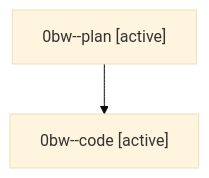
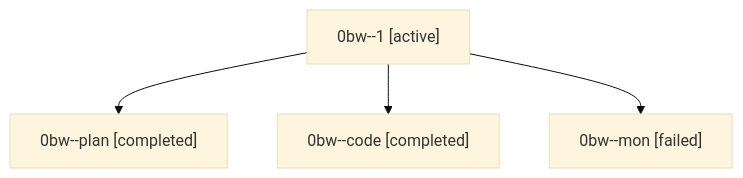
One commit to sase-org/sase--agents changed the diagram in families/bbugyi200.athena.0bw.md. Above: the diagram before and after it, drawn with Mermaid (base theme). The commit also changed other lines of this file and 42 other files, not shown here.

````diff
--- a/families/bbugyi200.athena.0bw.md
+++ b/families/bbugyi200.athena.0bw.md
@@ -9,6 +9,10 @@
 ```mermaid
 flowchart TD
-  n0["0bw--plan [active]"]
-  n1["0bw--code [active]"]
+  n0["0bw--1 [active]"]
+  n1["0bw--plan [completed]"]
   n0 --> n1
+  n2["0bw--code [completed]"]
+  n0 --> n2
+  n3["0bw--mon [failed]"]
+  n0 --> n3
 ```
````
